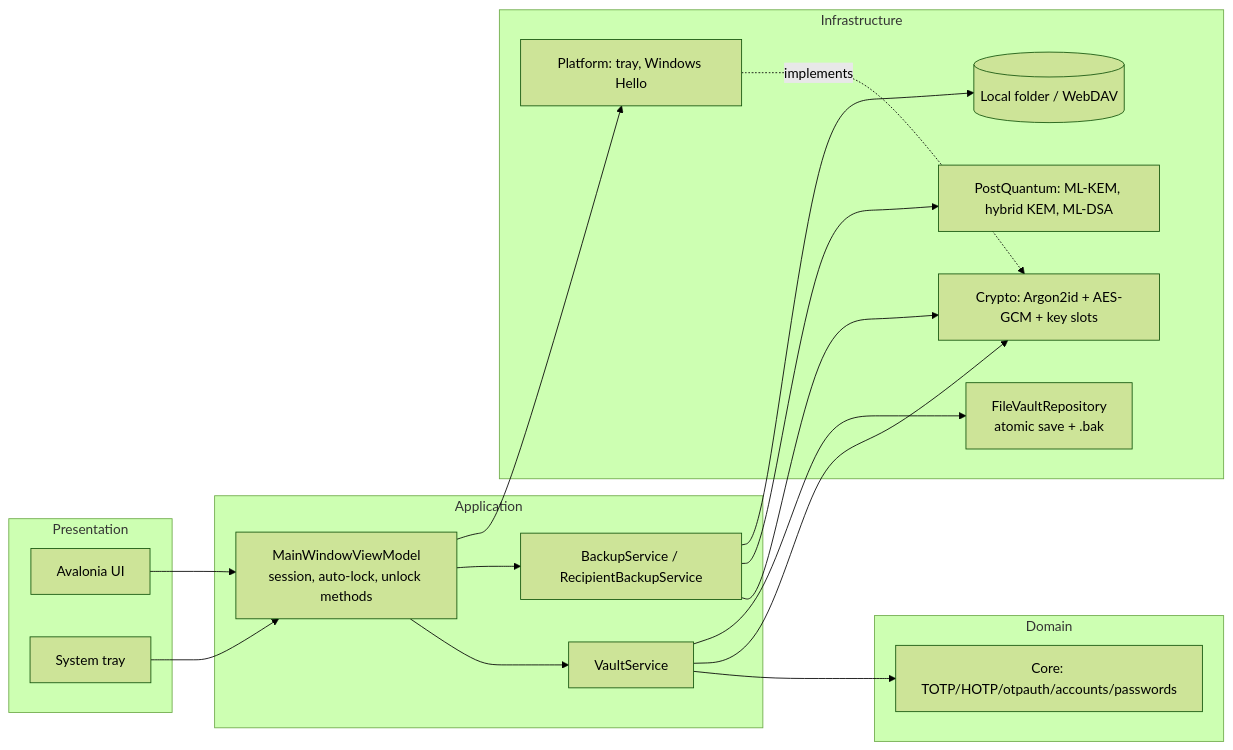
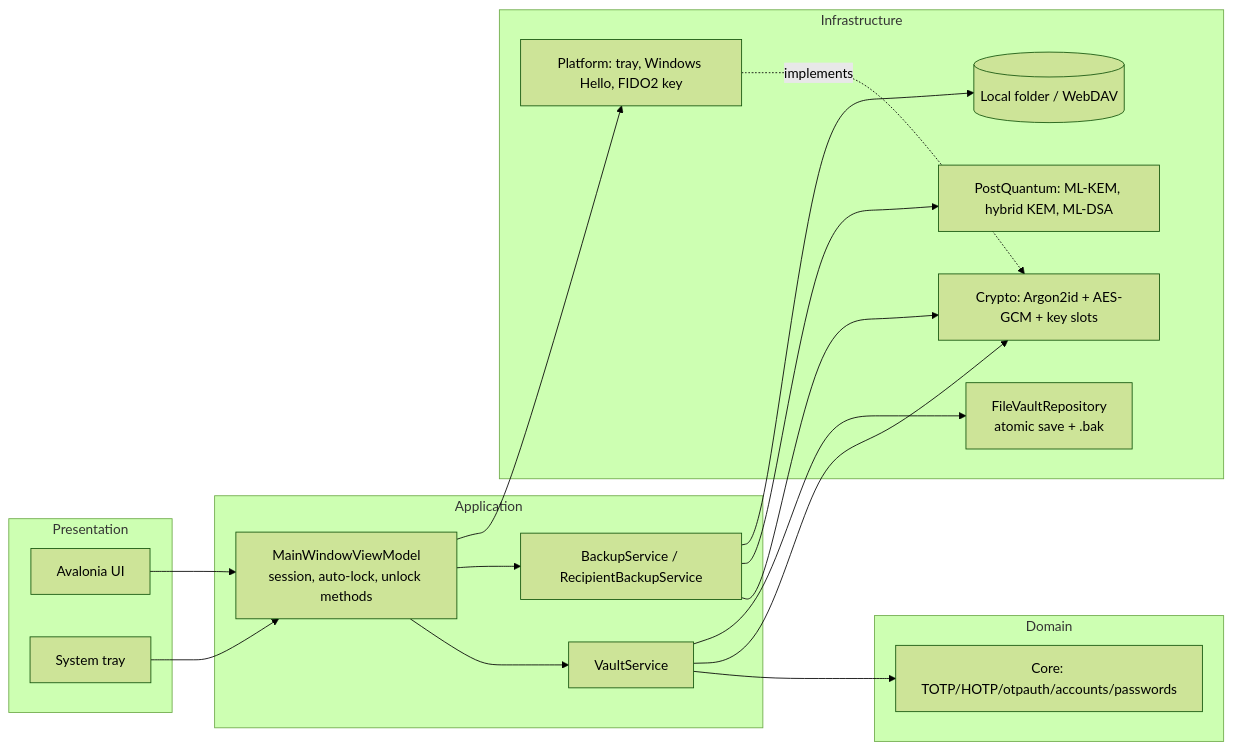
One commit to GabrielVergara/MasterSafeAuthenticator changed the diagram in docs/Architecture.md. Above: the diagram before and after it, drawn with Mermaid (forest theme). The commit also changed other lines of this file and 16 other files, not shown here.

First line of the commit message:
Add FIDO2 security key unlock for Windows

````diff
--- a/docs/Architecture.md
+++ b/docs/Architecture.md
@@ -3,35 +3,35 @@
 ```mermaid
 flowchart LR
     subgraph Presentation
         UI[Avalonia UI]
         Tray[System tray]
     end
     subgraph Application
         VM[MainWindowViewModel<br/>session, auto-lock, unlock methods]
         VS[VaultService]
         BS[BackupService / RecipientBackupService]
     end
     subgraph Domain
         Core[Core: TOTP/HOTP/otpauth/accounts/passwords]
     end
     subgraph Infrastructure
         Crypto[Crypto: Argon2id + AES-GCM + key slots]
         Repo[FileVaultRepository<br/>atomic save + .bak]
         PQ[PostQuantum: ML-KEM, hybrid KEM, ML-DSA]
-        Plat[Platform: tray, Windows Hello]
+        Plat[Platform: tray, Windows Hello, FIDO2 key]
         Cloud[(Local folder / WebDAV)]
     end
 
     UI --> VM
     Tray --> VM
     VM --> VS
     VM --> BS
     VM --> Plat
     VS --> Core
     VS --> Crypto
     VS --> Repo
     BS --> Crypto
     BS --> PQ
     BS --> Cloud
     Plat -.implements.-> Crypto
 ```
````
